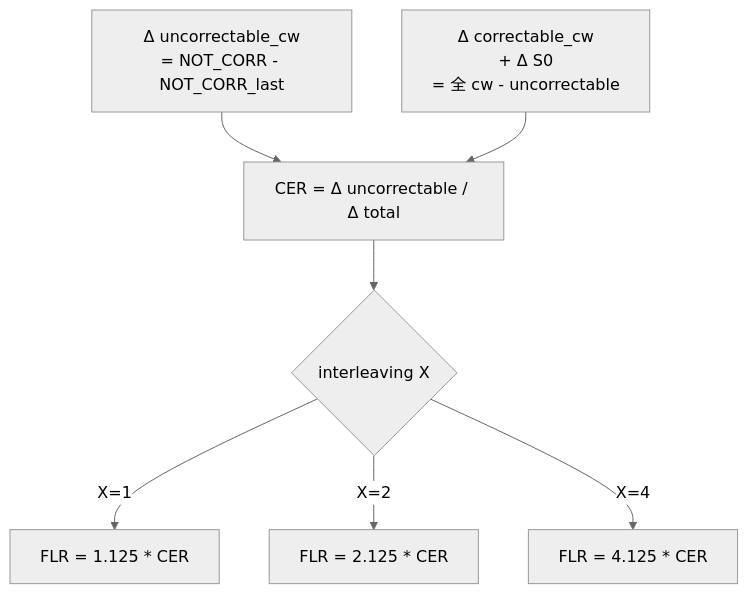
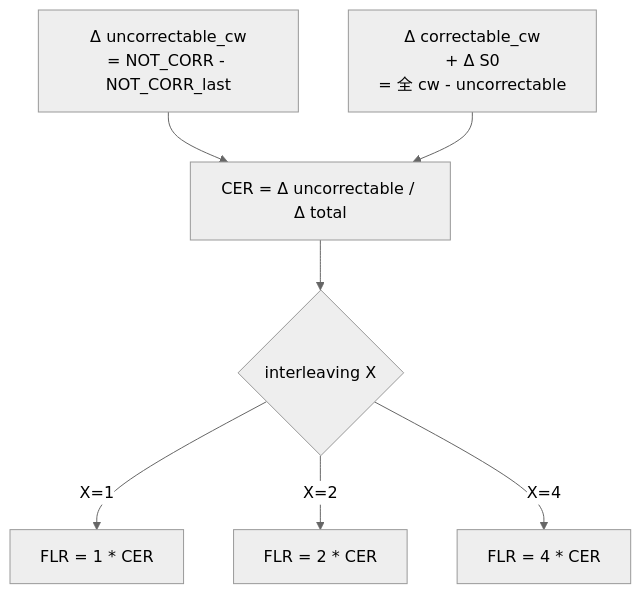
The second of 2 diagrams in docs/platform/fec-flr-support-in-sonic-internals.md (aoki-taquan/sonic-unofficial-docs), drawn with Mermaid (neutral theme) before and after one commit. The commit also changed other lines of this file and 23 other files, not shown here.

````diff
--- a/docs/platform/fec-flr-support-in-sonic-internals.md
+++ b/docs/platform/fec-flr-support-in-sonic-internals.md
@@ -66,10 +69,10 @@
 ```mermaid
 flowchart TD
     A[Δ uncorrectable_cw\n= NOT_CORR - NOT_CORR_last] --> C
     B[Δ correctable_cw\n+ Δ S0\n= 全 cw - uncorrectable] --> C
     C["CER = Δ uncorrectable / Δ total"]
     C --> D{interleaving X}
-    D -->|X=1| E1[FLR = 1.125 * CER]
-    D -->|X=2| E2[FLR = 2.125 * CER]
-    D -->|X=4| E4[FLR = 4.125 * CER]
+    D -->|X=1| E1[FLR = 1 * CER]
+    D -->|X=2| E2[FLR = 2 * CER]
+    D -->|X=4| E4[FLR = 4 * CER]
 ```
````
